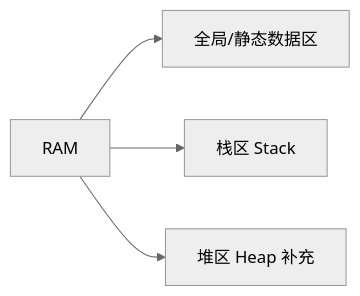
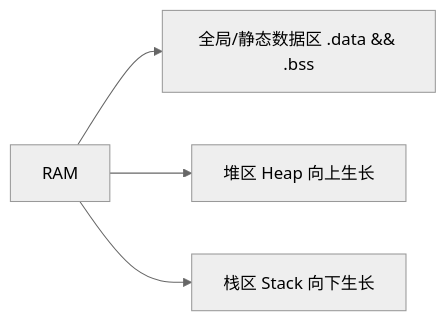
The second of 7 diagrams in 01待处理/嵌软C语言/函数与内存管理/函数与栈和堆.md (FuYunLi/Embedded), drawn with Mermaid (neutral theme) before and after one commit. The commit also changed other lines of this file, not shown here.

````diff
--- a/01待处理/嵌软C语言/函数与内存管理/函数与栈和堆.md
+++ b/01待处理/嵌软C语言/函数与内存管理/函数与栈和堆.md
@@ -267,6 +273,6 @@
 ```mermaid
 graph LR
-    RAM[RAM] --> G[全局/静态数据区]
-    RAM --> S[栈区 Stack]
-    RAM --> H[堆区 Heap 补充]
+    RAM[RAM] --> G[全局/静态数据区 .data &#38; .bss]
+    RAM --> H[堆区 Heap 向上生长]
+    RAM --> S[栈区 Stack 向下生长]
 ```
````
